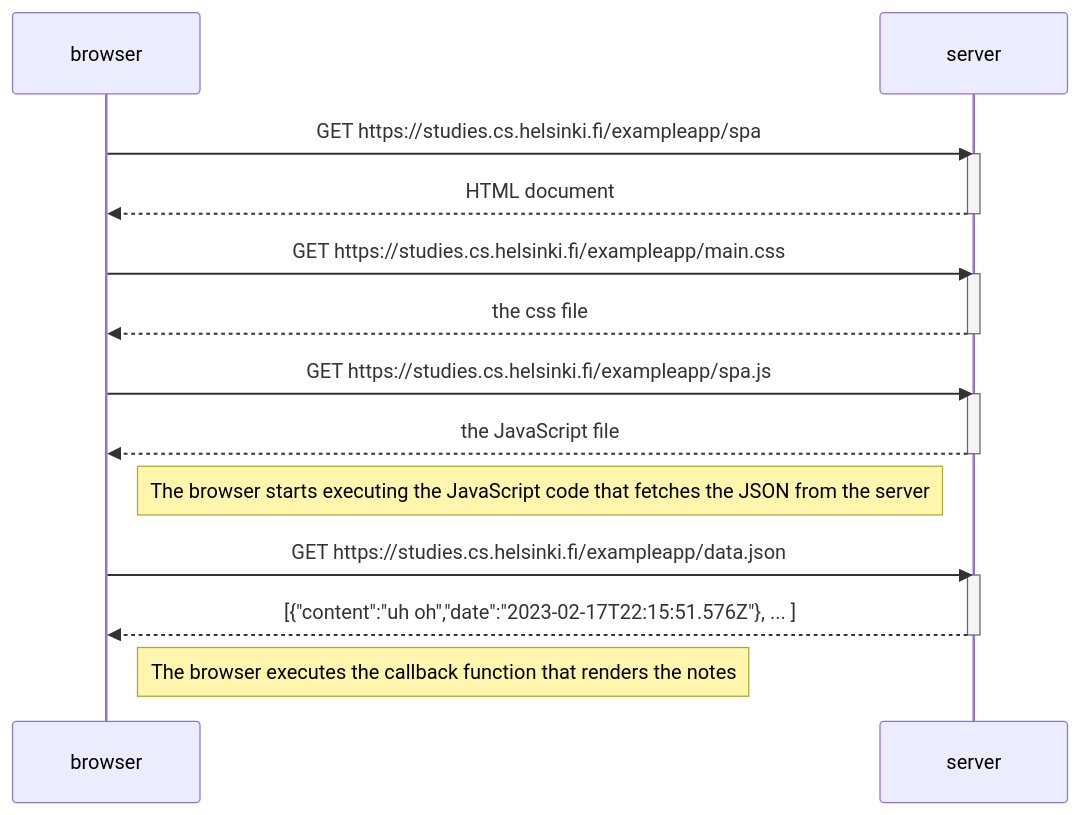
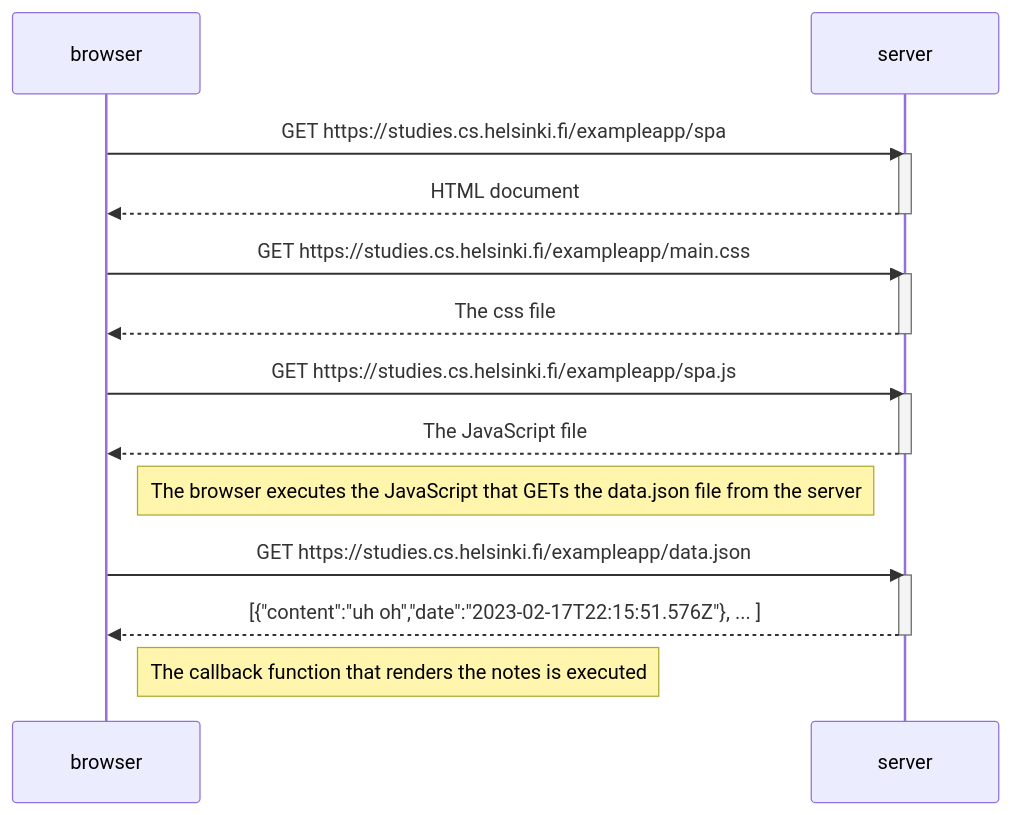
One commit to J-i-K/fullstackopen changed the diagram in part0/0.5.md. Above: the diagram before and after it, drawn with Mermaid. The commit also changed 1 other file, not shown here.

````diff
--- a/part0/0.5.md
+++ b/part0/0.5.md
@@ -1,29 +1,29 @@
 ```mermaid
 sequenceDiagram
 participant browser
 participant server
 
 browser->>server: GET https://studies.cs.helsinki.fi/exampleapp/spa
 activate server
 server-->>browser: HTML document
 deactivate server
 
 browser->>server: GET https://studies.cs.helsinki.fi/exampleapp/main.css
 activate server
-server-->>browser: the css file
+server-->>browser: The css file
 deactivate server
 
 browser->>server: GET https://studies.cs.helsinki.fi/exampleapp/spa.js
 activate server
-server-->>browser: the JavaScript file
+server-->>browser: The JavaScript file
 deactivate server
 
-Note right of browser: The browser starts executing the JavaScript code that fetches the JSON from the server
+Note right of browser: The browser executes the JavaScript that GETs the data.json file from the server
 
 browser->>server: GET https://studies.cs.helsinki.fi/exampleapp/data.json
 activate server
 server-->>browser: [{"content":"uh oh","date":"2023-02-17T22:15:51.576Z"}, ... ]
 deactivate server    
 
-Note right of browser: The browser executes the callback function that renders the notes 
+Note right of browser: The callback function that renders the notes is executed
 ```
````
